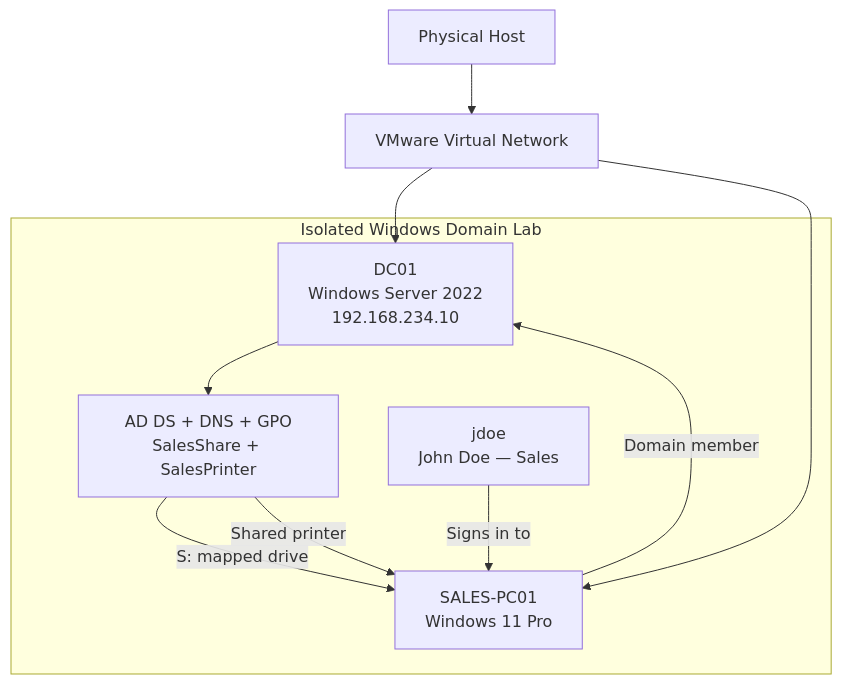
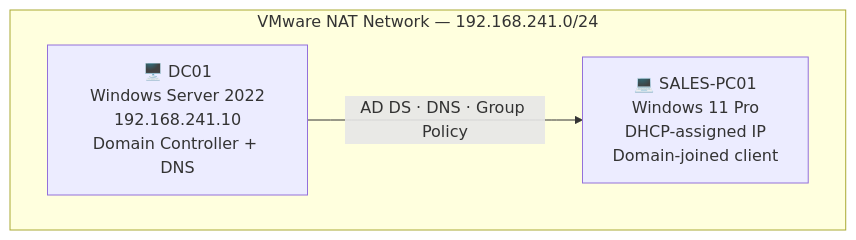
Before and after one commit to yasiru2077/Enterprise-Windows-Domain-Lab: the first of 2 diagrams in README.md, drawn with Mermaid. The commit also changed other lines of this file and 13 other files, not shown here.

````diff
--- a/README.md
+++ b/README.md
@@ -77,23 +45,8 @@
 ```mermaid
-flowchart TB
-    HOST[Physical Host]
-    VMNET[VMware Virtual Network]
-
-    HOST --> VMNET
-
-    subgraph LAB[Isolated Windows Domain Lab]
-        DC[DC01<br/>Windows Server 2022<br/>192.168.234.10]
-        SERVICES[AD DS + DNS + GPO<br/>SalesShare + SalesPrinter]
-        CLIENT[SALES-PC01<br/>Windows 11 Pro]
-        USER[jdoe<br/>John Doe — Sales]
-
-        DC --> SERVICES
-        CLIENT -->|Domain member| DC
-        USER -->|Signs in to| CLIENT
-        SERVICES -->|S: mapped drive| CLIENT
-        SERVICES -->|Shared printer| CLIENT
+graph TB
+    subgraph NET["VMware NAT Network — 192.168.241.0/24"]
+        DC["🖥️ DC01<br/>Windows Server 2022<br/>192.168.241.10<br/>Domain Controller + DNS"]
+        PC["💻 SALES-PC01<br/>Windows 11 Pro<br/>DHCP-assigned IP<br/>Domain-joined client"]
+        DC -->|"AD DS · DNS · Group Policy"| PC
     end
-
-    VMNET --> DC
-    VMNET --> CLIENT
 ```
````
